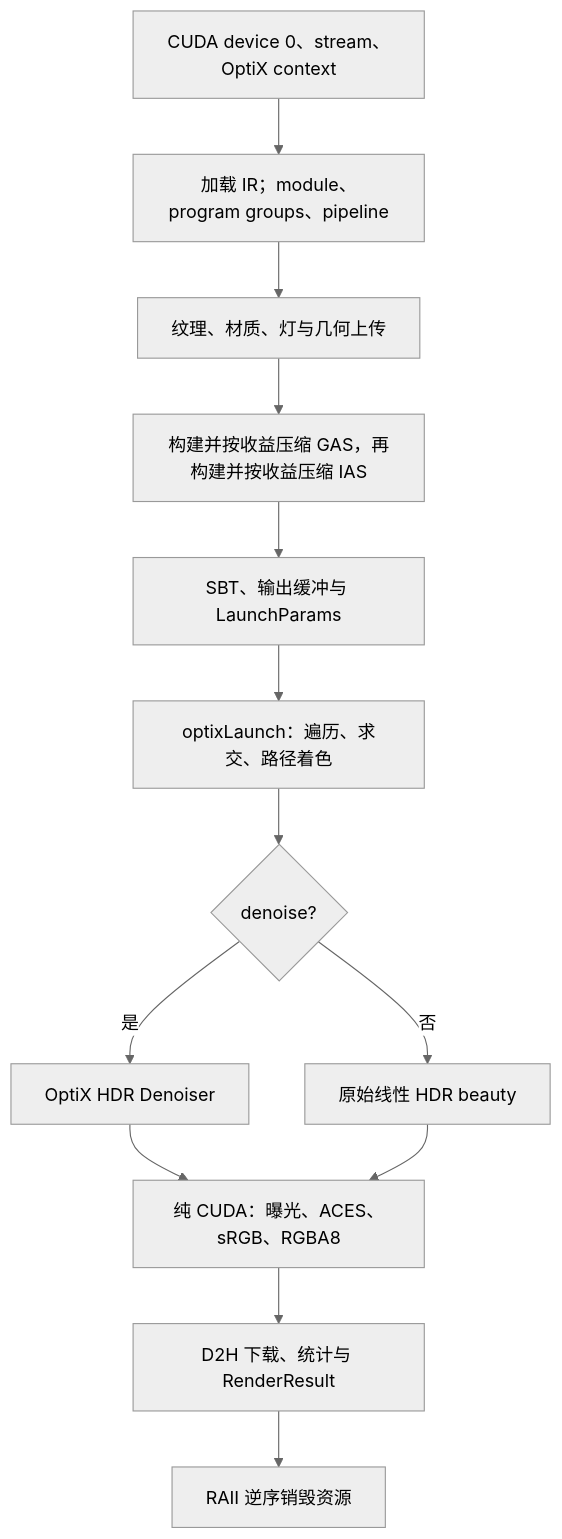
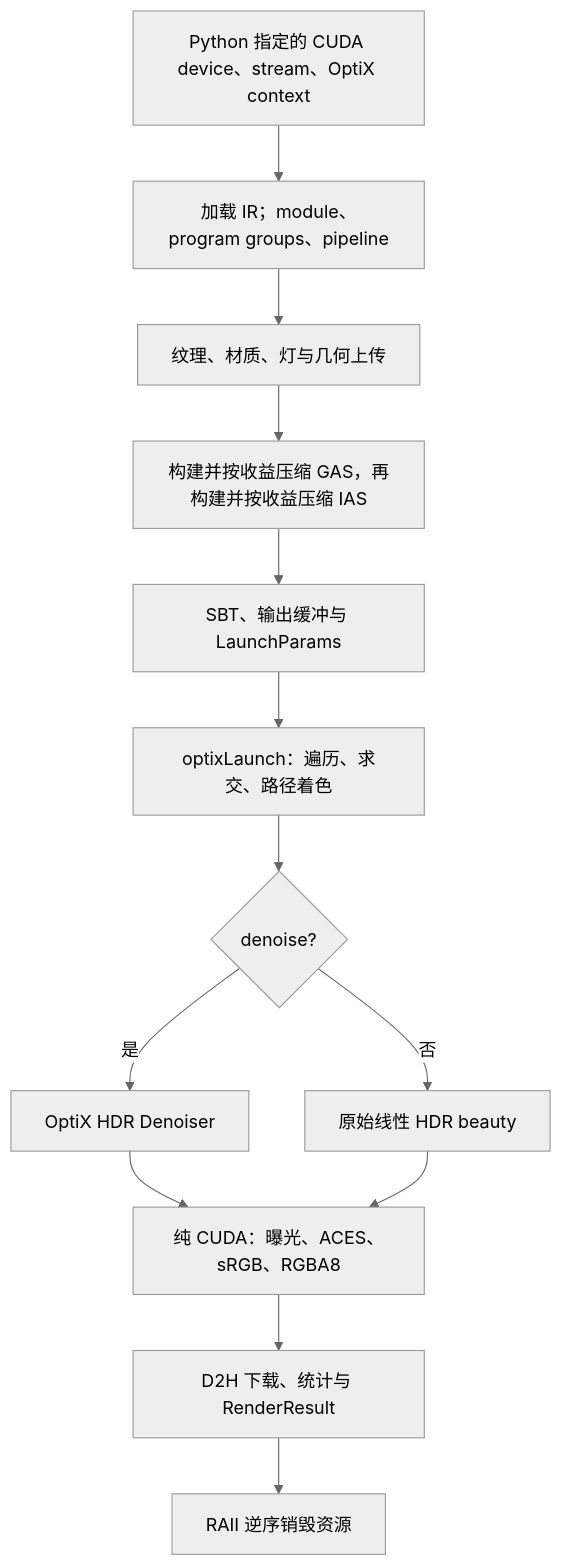
Before and after one commit to goooxu/SpectralDock: the second of 2 diagrams in docs/technical-report/07-optix-gpu-implementation.md, drawn with Mermaid (neutral theme). The commit also changed other lines of this file and 109 other files, not shown here.

```diff
--- a/docs/technical-report/07-optix-gpu-implementation.md
+++ b/docs/technical-report/07-optix-gpu-implementation.md
@@ -33,15 +33,15 @@
 ~~~mermaid
 flowchart TD
-    A["CUDA device 0、stream、OptiX context"] --> B["加载 IR；module、program groups、pipeline"]
+    A["Python 指定的 CUDA device、stream、OptiX context"] --> B["加载 IR；module、program groups、pipeline"]
     B --> C["纹理、材质、灯与几何上传"]
     C --> D["构建并按收益压缩 GAS，再构建并按收益压缩 IAS"]
     D --> E["SBT、输出缓冲与 LaunchParams"]
     E --> F["optixLaunch：遍历、求交、路径着色"]
     F --> G{"denoise?"}
     G -->|"是"| H["OptiX HDR Denoiser"]
     G -->|"否"| I["原始线性 HDR beauty"]
     H --> J["纯 CUDA：曝光、ACES、sRGB、RGBA8"]
     I --> J
     J --> K["D2H 下载、统计与 RenderResult"]
     K --> L["RAII 逆序销毁资源"]
 ~~~
```
